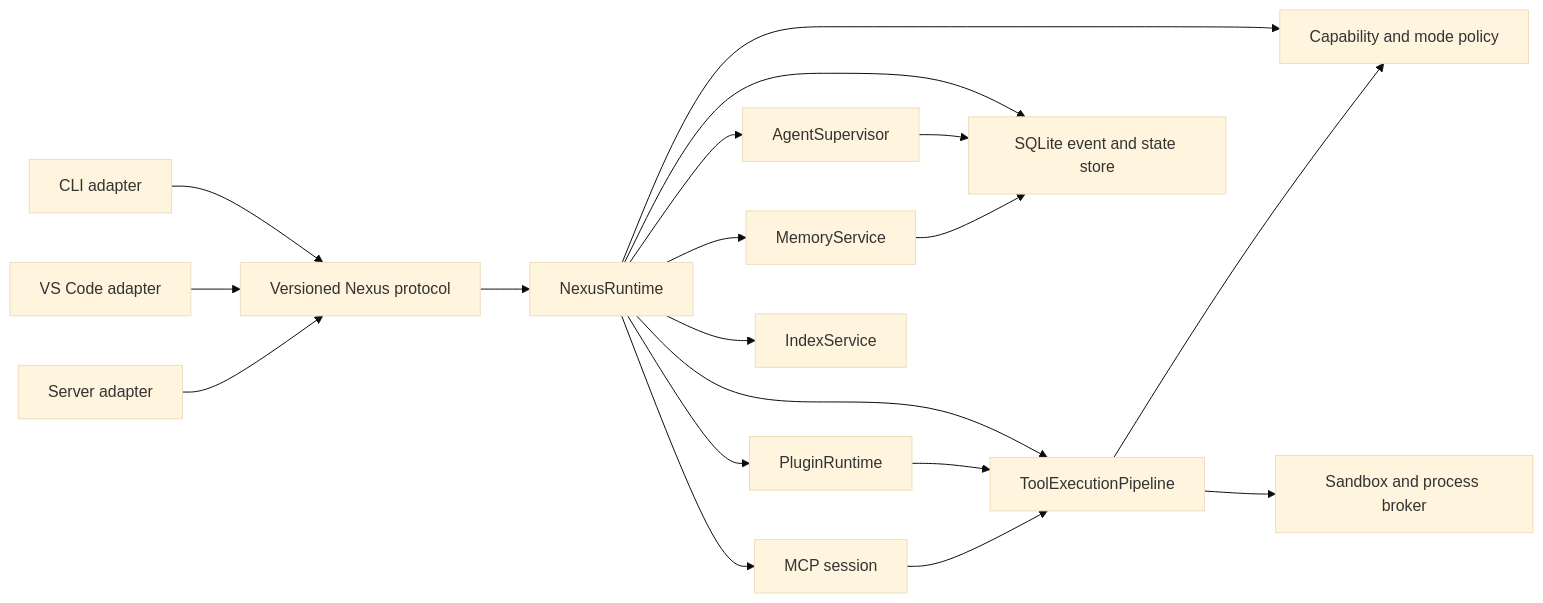
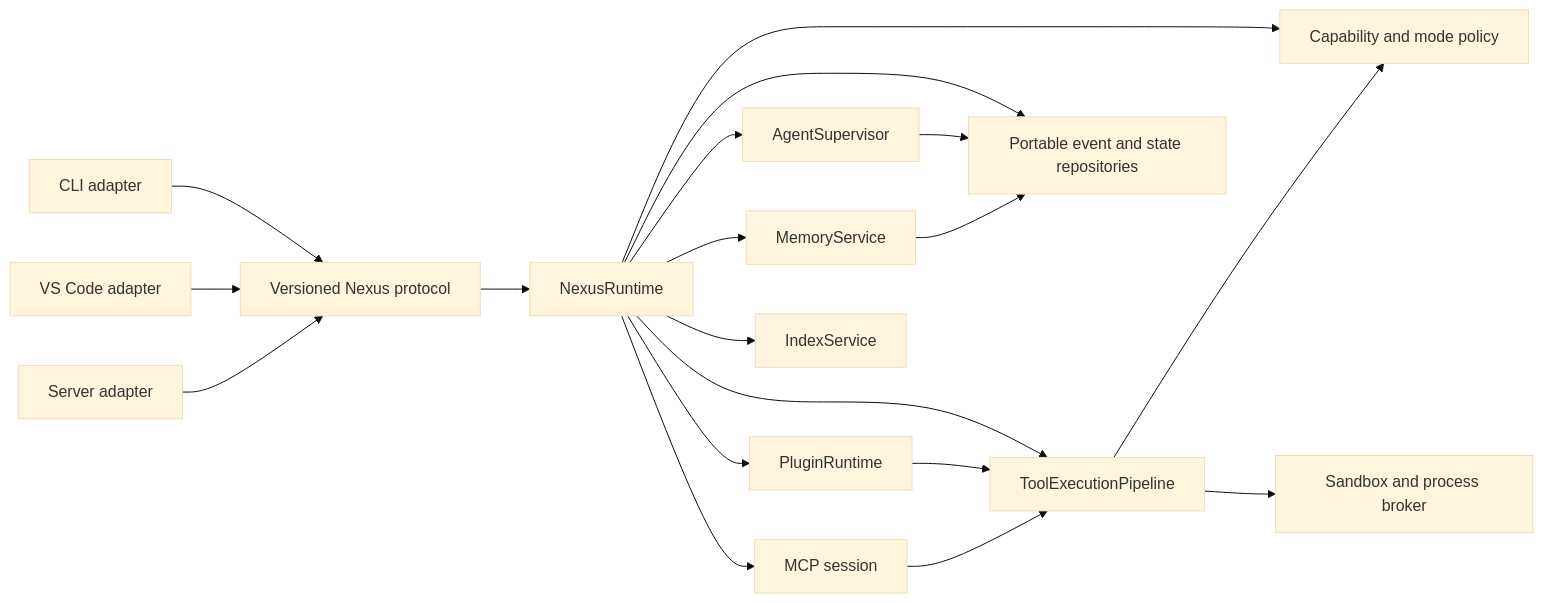
Before and after one commit to we11as22/NexusCode: the diagram in docs/superpowers/specs/2026-07-26-nexus-runtime-rearchitecture-design.md, drawn with Mermaid (base theme). The commit also changed other lines of this file and 19 other files, not shown here.

````diff
--- a/docs/superpowers/specs/2026-07-26-nexus-runtime-rearchitecture-design.md
+++ b/docs/superpowers/specs/2026-07-26-nexus-runtime-rearchitecture-design.md
@@ -162,36 +162,36 @@
 ```mermaid
 flowchart LR
     CLI["CLI adapter"]
     VS["VS Code adapter"]
     SERVER["Server adapter"]
     PROTOCOL["Versioned Nexus protocol"]
     RUNTIME["NexusRuntime"]
     POLICY["Capability and mode policy"]
     PIPELINE["ToolExecutionPipeline"]
     SUPERVISOR["AgentSupervisor"]
     MEMORY["MemoryService"]
     PLUGINS["PluginRuntime"]
     MCP["MCP session"]
     INDEX["IndexService"]
-    STORE["SQLite event and state store"]
+    STORE["Portable event and state repositories"]
     SANDBOX["Sandbox and process broker"]
 
     CLI --> PROTOCOL
     VS --> PROTOCOL
     SERVER --> PROTOCOL
     PROTOCOL --> RUNTIME
     RUNTIME --> POLICY
     RUNTIME --> PIPELINE
     RUNTIME --> SUPERVISOR
     RUNTIME --> MEMORY
     RUNTIME --> PLUGINS
     RUNTIME --> MCP
     RUNTIME --> INDEX
     RUNTIME --> STORE
     PIPELINE --> POLICY
     PIPELINE --> SANDBOX
     SUPERVISOR --> STORE
     MEMORY --> STORE
     PLUGINS --> PIPELINE
     MCP --> PIPELINE
 ```
````
